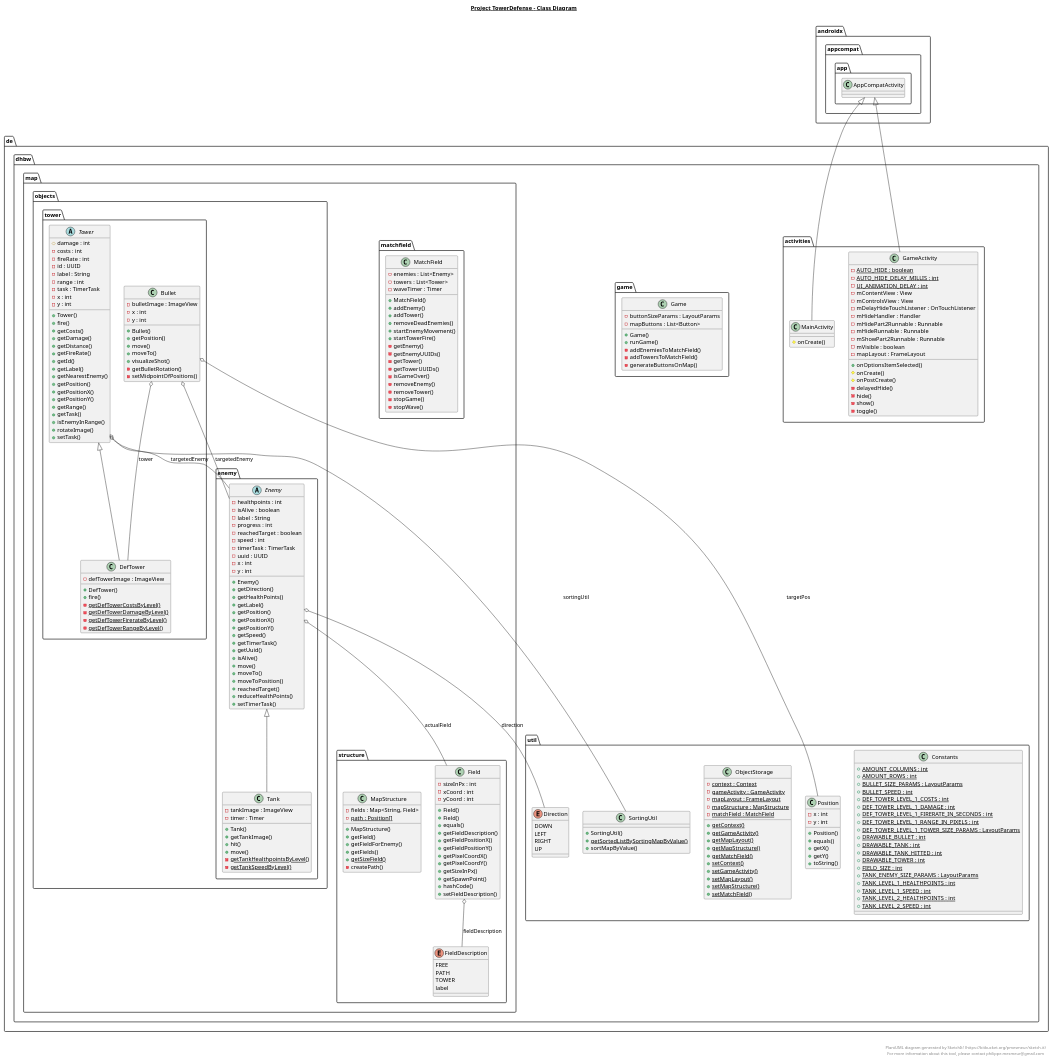
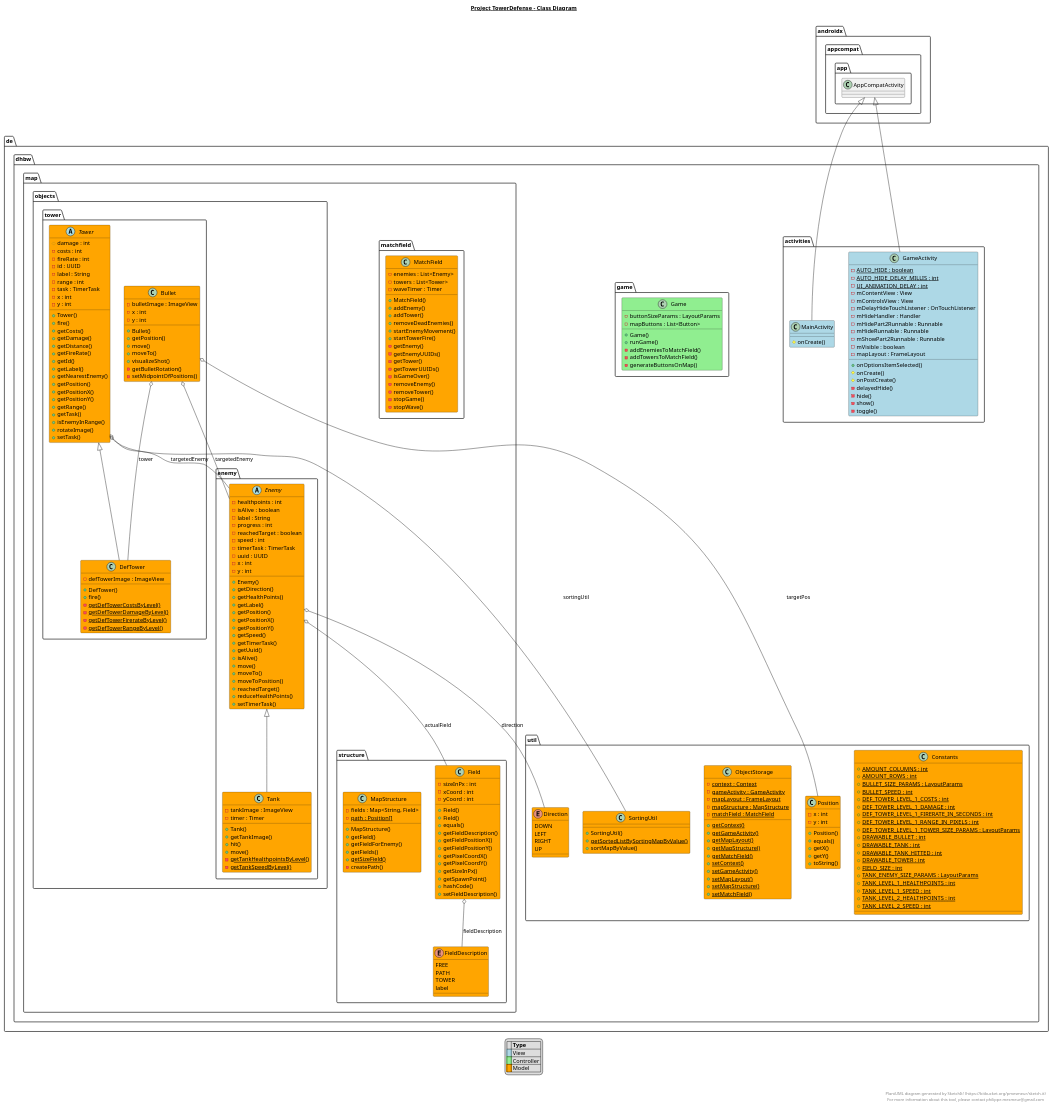
One commit to niwa99/Tower-Defense changed the diagram in app/app.plantuml. Above: the diagram before and after it, drawn with PlantUML.

Commit message:
[DHTD-44] mvc-model-update

```diff
--- a/app/app.plantuml
+++ b/app/app.plantuml
@@ -4,11 +4,12 @@
 
   package de.dhbw {
     package de.dhbw.activities {
-      class de.dhbw.activities.MainActivity {
+
+      class de.dhbw.activities.MainActivity #lightblue {
         # onCreate()
       }
 
-      class de.dhbw.activities.GameActivity {
+      class de.dhbw.activities.GameActivity #lightblue {
         {static} - AUTO_HIDE : boolean
         {static} - AUTO_HIDE_DELAY_MILLIS : int
         {static} - UI_ANIMATION_DELAY : int
@@ -32,7 +33,7 @@
     }
 
     package de.dhbw.game {
-      class de.dhbw.game.Game {
+      class de.dhbw.game.Game #lightgreen {
         - buttonSizeParams : LayoutParams
         - mapButtons : List<Button>
         + Game()
@@ -45,7 +46,7 @@
 
     package de.dhbw.map {
       package de.dhbw.map.matchfield {
-        class de.dhbw.map.matchfield.MatchField {
+        class de.dhbw.map.matchfield.MatchField #orange {
           - enemies : List<Enemy>
           - towers : List<Tower>
           - waveTimer : Timer
@@ -69,7 +70,7 @@
 
       package de.dhbw.map.objects {
         package de.dhbw.map.objects.enemy {
-          abstract class de.dhbw.map.objects.enemy.Enemy {
+          abstract class de.dhbw.map.objects.enemy.Enemy #orange {
             - healthpoints : int
             - isAlive : boolean
             - label : String
@@ -99,7 +100,7 @@
             + setTimerTask()
           }
 
-          class de.dhbw.map.objects.enemy.Tank {
+          class de.dhbw.map.objects.enemy.Tank #orange {
             - tankImage : ImageView
             - timer : Timer
             + Tank()
@@ -112,7 +113,7 @@
         }
 
         package de.dhbw.map.objects.tower {
-          class de.dhbw.map.objects.tower.Bullet {
+          class de.dhbw.map.objects.tower.Bullet #orange {
             - bulletImage : ImageView
             - x : int
             - y : int
@@ -125,7 +126,7 @@
             - setMidpointOfPositions()
           }
 
-          class de.dhbw.map.objects.tower.DefTower {
+          class de.dhbw.map.objects.tower.DefTower #orange {
             - defTowerImage : ImageView
             + DefTower()
             + fire()
@@ -135,7 +136,7 @@
             {static} - getDefTowerRangeByLevel()
           }
 
-          abstract class de.dhbw.map.objects.tower.Tower {
+          abstract class de.dhbw.map.objects.tower.Tower #orange {
             # damage : int
             - costs : int
             - fireRate : int
@@ -167,7 +168,7 @@
       }
 
       package de.dhbw.map.structure {
-        class de.dhbw.map.structure.Field {
+        class de.dhbw.map.structure.Field #orange {
           - sizeInPx : int
           - xCoord : int
           - yCoord : int
@@ -185,14 +186,14 @@
           + setFieldDescription()
         }
 
-        enum de.dhbw.map.structure.FieldDescription {
+        enum de.dhbw.map.structure.FieldDescription #orange {
           FREE
           PATH
           TOWER
           label
         }
 
-        class de.dhbw.map.structure.MapStructure {
+        class de.dhbw.map.structure.MapStructure #orange {
           - fields : Map<String, Field>
           {static} - path : Position[]
           + MapStructure()
@@ -206,7 +207,7 @@
     }
 
     package de.dhbw.util {
-      class de.dhbw.util.Constants {
+      class de.dhbw.util.Constants #orange {
         {static} + AMOUNT_COLUMNS : int
         {static} + AMOUNT_ROWS : int
         {static} + BULLET_SIZE_PARAMS : LayoutParams
@@ -228,14 +229,14 @@
         {static} + TANK_LEVEL_2_SPEED : int
       }
 
-      enum de.dhbw.util.Direction {
+      enum de.dhbw.util.Direction #orange {
         DOWN
         LEFT
         RIGHT
         UP
       }
 
-      class de.dhbw.util.ObjectStorage {
+      class de.dhbw.util.ObjectStorage #orange {
         {static} - context : Context
         {static} - gameActivity : GameActivity
         {static} - mapLayout : FrameLayout
@@ -253,7 +254,7 @@
         {static} + setMatchField()
       }
 
-      class de.dhbw.util.Position {
+      class de.dhbw.util.Position #orange {
         - x : int
         - y : int
         + Position()
@@ -263,13 +264,20 @@
         + toString()
       }
 
-      class de.dhbw.util.SortingUtil {
+      class de.dhbw.util.SortingUtil #orange {
         + SortingUtil()
         {static} + getSortedListBySortingMapByValue()
         + sortMapByValue()
       }
     }
   }
+
+  legend
+  |= |= Type |
+  |<back:lightblue>   </back>| View |
+  |<back:lightgreen>   </back>| Controller |
+  |<back:orange>   </back>| Model |
+  endlegend
   
 
   de.dhbw.activities.GameActivity -up-|> androidx.appcompat.app.AppCompatActivity
```
